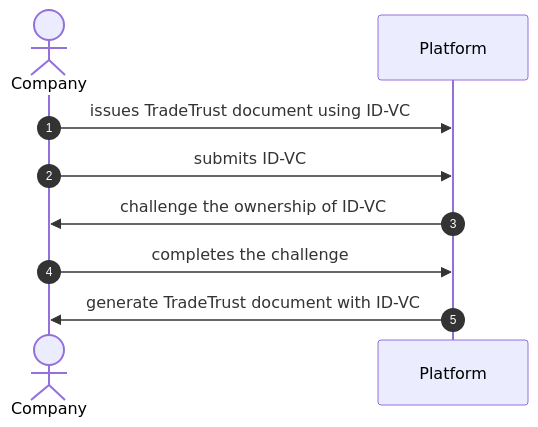
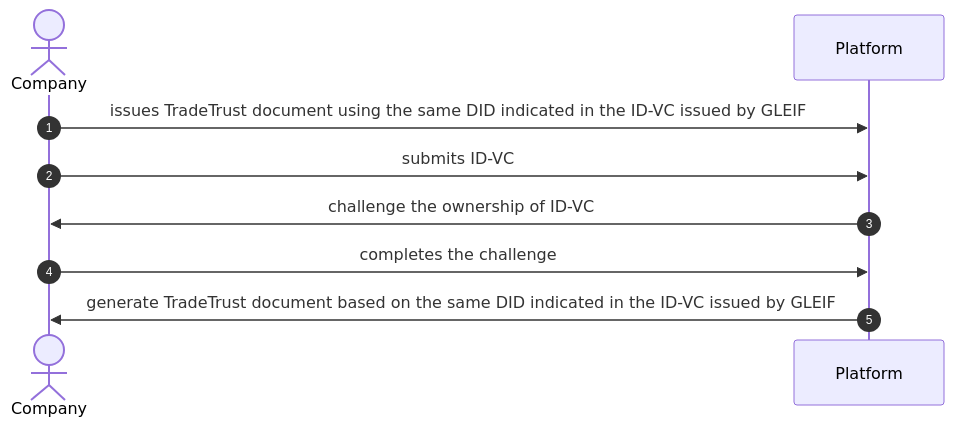
Before and after one commit to TradeTrust/documentation: the diagram in docs/reference/tradetrust-v4/idvc-flowchart-user-platform.md, drawn with Mermaid.

Commit message:
Update text to include the usage of DID

````diff
--- a/docs/reference/tradetrust-v4/idvc-flowchart-user-platform.md
+++ b/docs/reference/tradetrust-v4/idvc-flowchart-user-platform.md
@@ -2,11 +2,11 @@
 ```mermaid
 sequenceDiagram
     autonumber
     actor Company
     participant Platform
-    Company->>Platform: issues TradeTrust document using ID-VC
+    Company->>Platform: issues TradeTrust document using the same DID indicated in the ID-VC issued by GLEIF
     Company->>Platform: submits ID-VC    
     Platform->>Company: challenge the ownership of ID-VC
     Company->>Platform: completes the challenge
-    Platform->>Company: generate TradeTrust document with ID-VC
+    Platform->>Company: generate TradeTrust document based on the same DID indicated in the ID-VC issued by GLEIF
 ```
````
